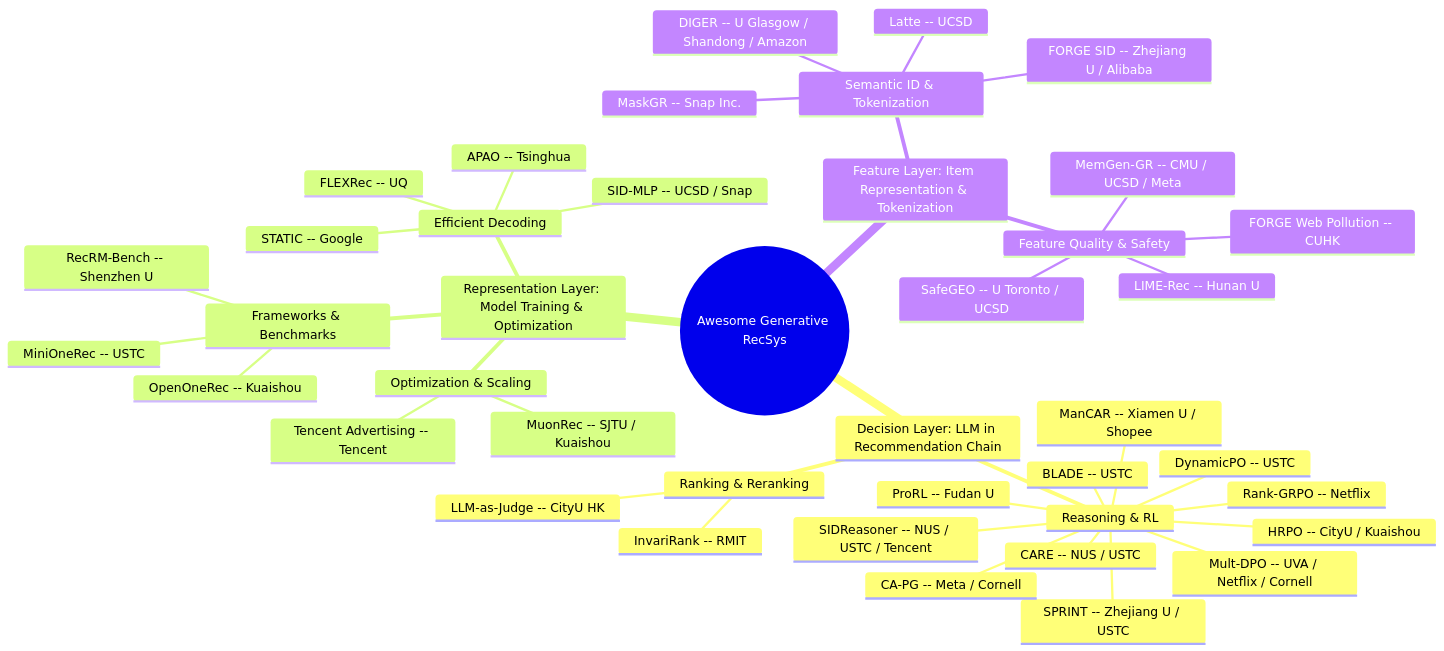
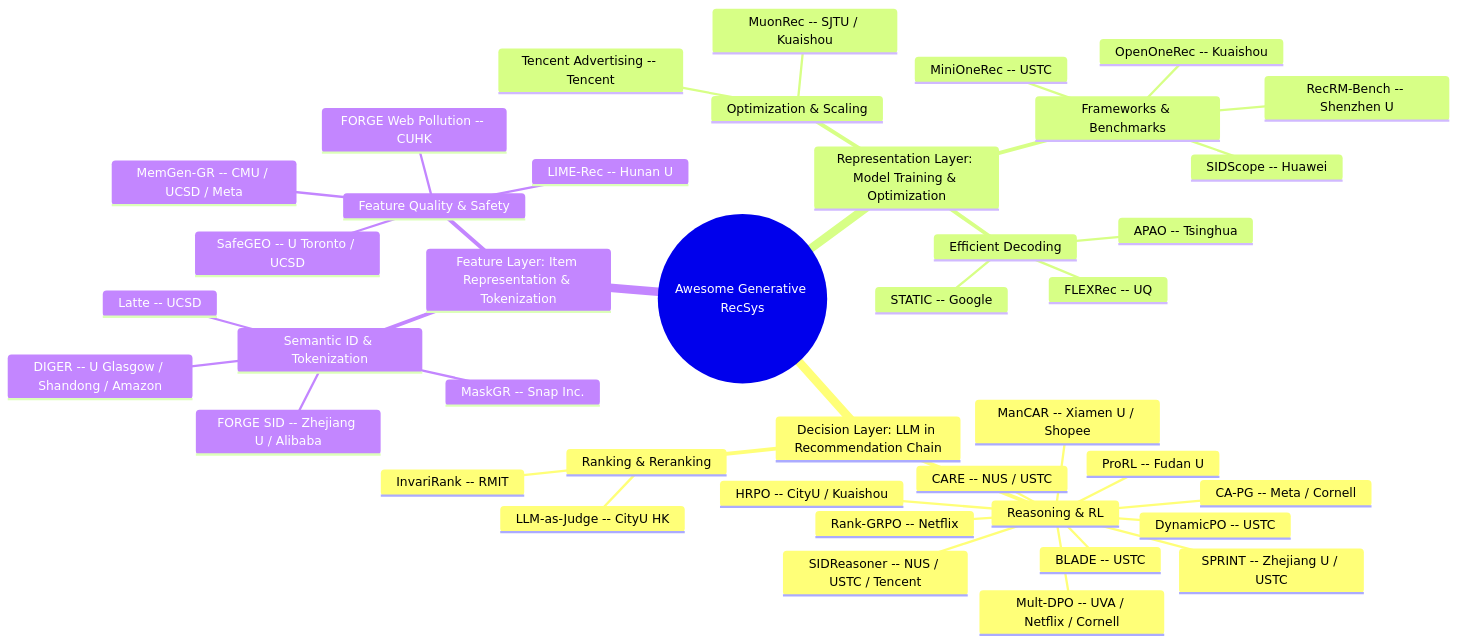
One commit to HaFred/awesome-generative-recsys changed the diagram in README.md. Above: the diagram before and after it, drawn with Mermaid. The commit also changed other lines of this file and 3 other files, not shown here.

````diff
--- a/README.md
+++ b/README.md
@@ -28,44 +28,44 @@
 ```mermaid
 mindmap
   root((Awesome Generative RecSys))
     Decision Layer: LLM in Recommendation Chain
       Reasoning & RL
         Rank-GRPO -- Netflix
         DynamicPO -- USTC
         BLADE -- USTC
         SPRINT -- Zhejiang U / USTC
         CARE -- NUS / USTC
         HRPO -- CityU / Kuaishou
         Mult-DPO -- UVA / Netflix / Cornell
         CA-PG -- Meta / Cornell
         ProRL -- Fudan U
         ManCAR -- Xiamen U / Shopee
         SIDReasoner -- NUS / USTC / Tencent
       Ranking & Reranking
         InvariRank -- RMIT
         LLM-as-Judge -- CityU HK
     Representation Layer: Model Training & Optimization
       Frameworks & Benchmarks
         MiniOneRec -- USTC
         OpenOneRec -- Kuaishou
         RecRM-Bench -- Shenzhen U
+        SIDScope -- Huawei
       Efficient Decoding
         STATIC -- Google
         APAO -- Tsinghua
-        SID-MLP -- UCSD / Snap
         FLEXRec -- UQ
       Optimization & Scaling
         MuonRec -- SJTU / Kuaishou
         Tencent Advertising -- Tencent
     Feature Layer: Item Representation & Tokenization
       Semantic ID & Tokenization
         Latte -- UCSD
         FORGE SID -- Zhejiang U / Alibaba
         DIGER -- U Glasgow / Shandong / Amazon
         MaskGR -- Snap Inc.
       Feature Quality & Safety
         SafeGEO -- U Toronto / UCSD
         MemGen-GR -- CMU / UCSD / Meta
         FORGE Web Pollution -- CUHK
         LIME-Rec -- Hunan U
 ```
````
